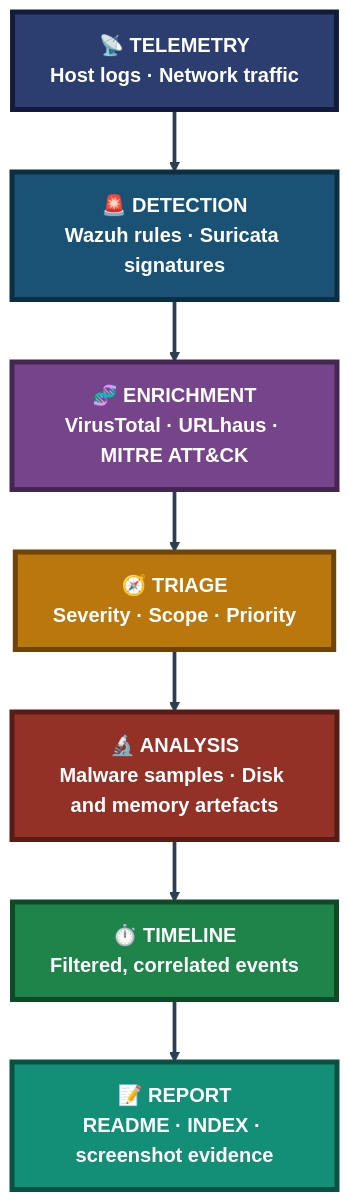
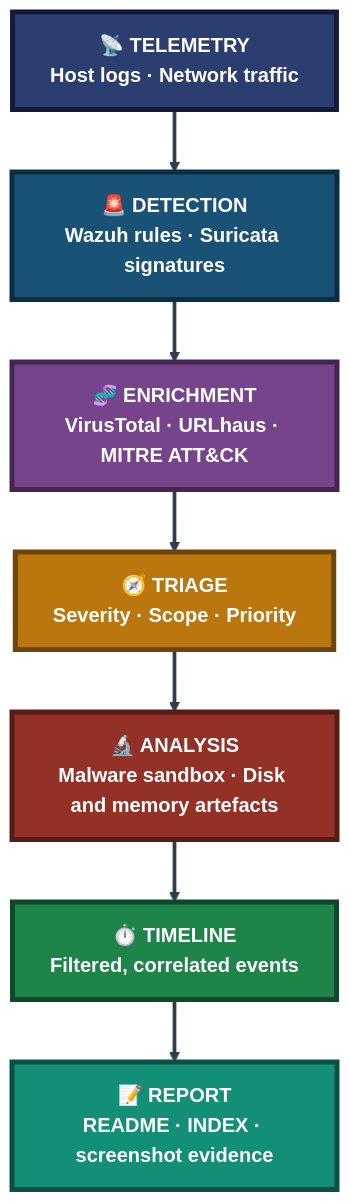
The second of 2 diagrams in README.md (malaika-azhar/Cybersecurity-Lab-Projects), drawn with Mermaid before and after one commit. The commit also changed other lines of this file, not shown here.

````diff
--- a/README.md
+++ b/README.md
@@ -280,22 +274,22 @@
 ```mermaid
 flowchart TB
     Tel["📡 TELEMETRY<br/>Host logs · Network traffic"]:::telClass
     Det["🚨 DETECTION<br/>Wazuh rules · Suricata signatures"]:::detClass
     Enr["🧬 ENRICHMENT<br/>VirusTotal · URLhaus · MITRE ATT&CK"]:::enrClass
     Tri["🧭 TRIAGE<br/>Severity · Scope · Priority"]:::triClass
-    Ana["🔬 ANALYSIS<br/>Malware samples · Disk and memory artefacts"]:::anaClass
+    Ana["🔬 ANALYSIS<br/>Malware sandbox · Disk and memory artefacts"]:::anaClass
     Tim["⏱️ TIMELINE<br/>Filtered, correlated events"]:::timClass
     Rep["📝 REPORT<br/>README · INDEX · screenshot evidence"]:::repClass
 
     Tel --> Det --> Enr --> Tri --> Ana --> Tim --> Rep
 
     classDef telClass fill:#2C3E70,stroke:#131B3A,stroke-width:4px,color:#FFFFFF,font-weight:bold
     classDef detClass fill:#1A5276,stroke:#0B2E43,stroke-width:4px,color:#FFFFFF,font-weight:bold
     classDef enrClass fill:#76448A,stroke:#432752,stroke-width:4px,color:#FFFFFF,font-weight:bold
     classDef triClass fill:#B9770E,stroke:#6E4409,stroke-width:4px,color:#FFFFFF,font-weight:bold
     classDef anaClass fill:#943126,stroke:#571C16,stroke-width:4px,color:#FFFFFF,font-weight:bold
     classDef timClass fill:#1E8449,stroke:#0E4A28,stroke-width:4px,color:#FFFFFF,font-weight:bold
     classDef repClass fill:#148F77,stroke:#0B5142,stroke-width:4px,color:#FFFFFF,font-weight:bold
 
     linkStyle default stroke:#2C3E50,stroke-width:3px
 ```
````
